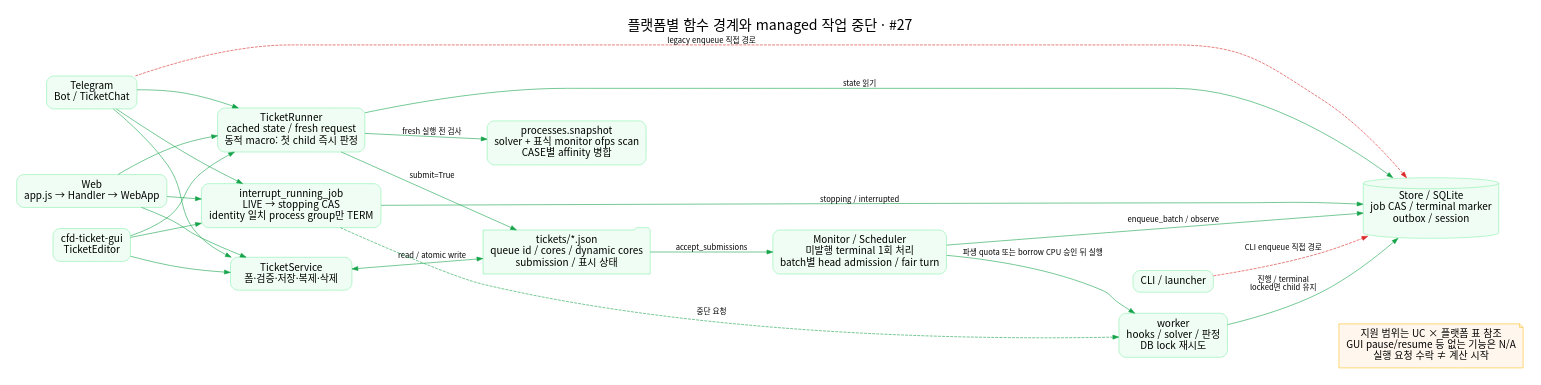
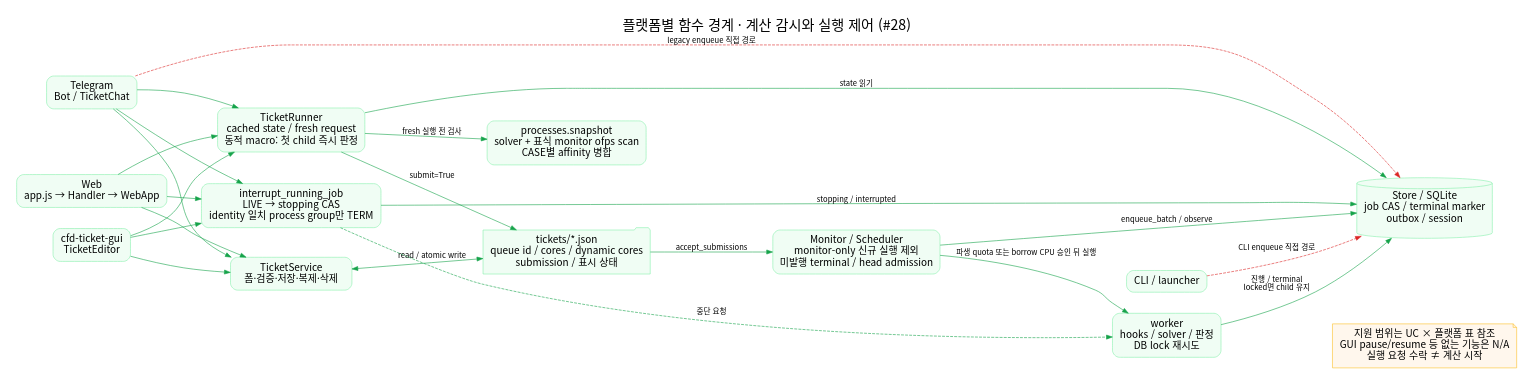
Before and after one commit to jo0n-lab/cfd-bot: the diagram in docs/diagrams/platform-architecture.dot, drawn with Graphviz. The commit also changed 19 other files, not shown here.

```diff
--- a/docs/diagrams/platform-architecture.dot
+++ b/docs/diagrams/platform-architecture.dot
@@ -1,34 +1,34 @@
 digraph platform {
- graph [rankdir=LR,bgcolor=white,pad=.3,nodesep=.5,ranksep=.8,fontname="Noto Sans CJK KR",fontsize=24,label="플랫폼별 함수 경계와 managed 작업 중단 · #27",labelloc=t];
+ graph [rankdir=LR,bgcolor=white,pad=.3,nodesep=.5,ranksep=.8,fontname="Noto Sans CJK KR",fontsize=24,label="플랫폼별 함수 경계 · 계산 감시와 실행 제어 (#28)",labelloc=t];
  node [shape=box,style="rounded,filled",fillcolor="#f0fdf4",color="#86efac",fontname="Noto Sans CJK KR",fontsize=17,margin=".18,.12"];
  edge [fontname="Noto Sans CJK KR",fontsize=13,color="#16a34a"];
  tg [label="Telegram\nBot / TicketChat",URL="lld/telegram.md"];
  gui [label="cfd-ticket-gui\nTicketEditor",URL="lld/gui.md"];
  web [label="Web\napp.js → Handler → WebApp",URL="lld/web.md"];
  cli [label="CLI / launcher",URL="lld/runtime.md"];
  service [label="TicketService\n폼·검증·저장·복제·삭제",URL="diagrams/D-02.svg"];
  run [label="TicketRunner\ncached state / fresh request\n동적 macro: 첫 child 즉시 판정",URL="diagrams/D-03.svg"];
  store [shape=cylinder,label="Store / SQLite\njob CAS / terminal marker\noutbox / session"];
  stop [label="interrupt_running_job\nLIVE → stopping CAS\nidentity 일치 process group만 TERM",URL="diagrams/D-16.svg"];
  json [shape=folder,label="tickets/*.json\nqueue id / cores / dynamic cores\nsubmission / 표시 상태"];
  snapshot [label="processes.snapshot\nsolver + 표식 monitor ofps scan\nCASE별 affinity 병합",URL="diagrams/D-04.svg"];
- monitor [label="Monitor / Scheduler\n미발행 terminal 1회 처리\nbatch별 head admission / fair turn",URL="diagrams/BG-04.svg"];
+ monitor [label="Monitor / Scheduler\nmonitor-only 신규 실행 제외\n미발행 terminal / head admission",URL="diagrams/BG-04.svg"];
  worker [label="worker\nhooks / solver / 판정\nDB lock 재시도",URL="diagrams/BG-05.svg"];
  tg -> service;gui -> service;web -> service;
  tg -> run;gui -> run;web -> run;
  tg -> stop;gui -> stop;web -> stop;
  stop -> store [label="stopping / interrupted"];
  stop -> worker [label="중단 요청",style=dashed];
  service -> json [label="read / atomic write",dir=both];
  run -> snapshot [label="fresh 실행 전 검사"];
  run -> json [label="submit=True"];
  run -> store [label="state 읽기"];
  json -> monitor [label="accept_submissions"];
  monitor -> store [label="enqueue_batch / observe"];
  monitor -> worker [label="파생 quota 또는 borrow CPU 승인 뒤 실행"];
  worker -> store [label="진행 / terminal\nlocked면 child 유지"];
  tg -> store [label="legacy enqueue 직접 경로",color="#dc2626",style=dashed];
  cli -> store [label="CLI enqueue 직접 경로",color="#dc2626",style=dashed];
  note [shape=note,label="지원 범위는 UC × 플랫폼 표 참조\nGUI pause/resume 등 없는 기능은 N/A\n실행 요청 수락 ≠ 계산 시작",fillcolor="#fff7ed",color="#fbbf24"];
  worker -> note [style=invis];
 }
```
